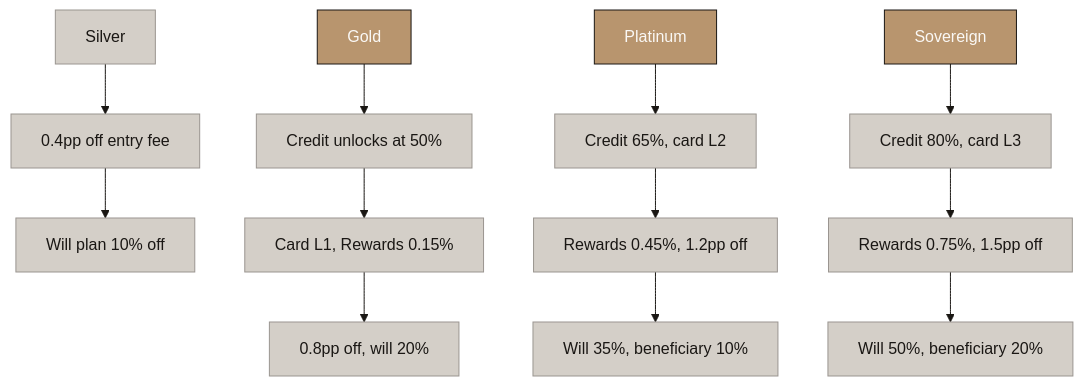
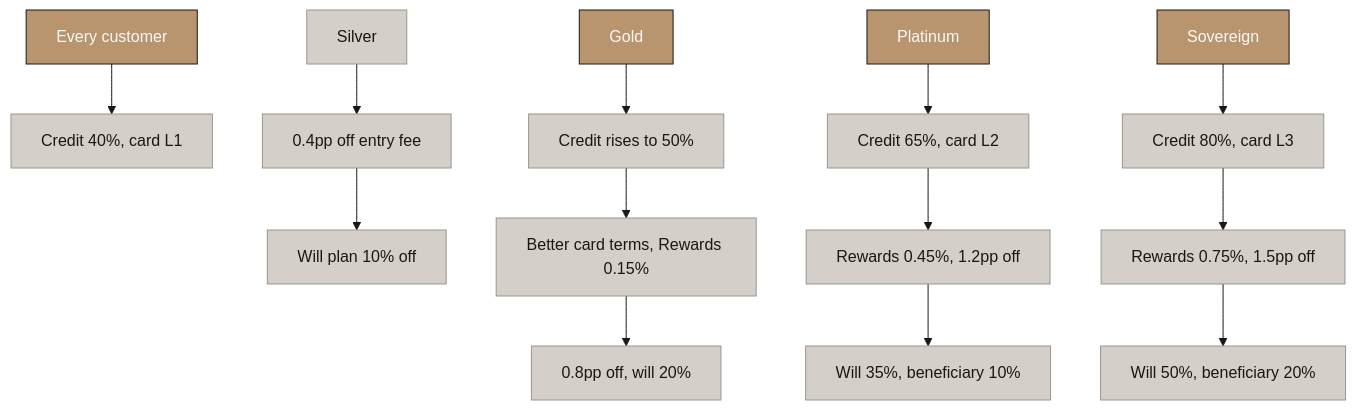
Before and after one commit to Abdsys/Aurumix: diagram 26 of 45 in deliverables/2-mechanism-design/final/Aurumix_Process_Maps.md, drawn with Mermaid. The commit also changed other lines of this file and 6 other files, not shown here.

First line of the commit message:
Review pass on the MD document, sections 2 to 14: plain language, new diagrams, card and credit open to all

````diff
--- a/deliverables/2-mechanism-design/final/Aurumix_Process_Maps.md
+++ b/deliverables/2-mechanism-design/final/Aurumix_Process_Maps.md
@@ -831,42 +854,45 @@
 ```mermaid
 %%{init: {'theme': 'base', 'themeVariables': {
     'primaryColor': '#B8956E',
     'primaryTextColor': '#1A1714',
     'primaryBorderColor': '#1A1714',
     'lineColor': '#1A1714',
     'secondaryColor': '#FAF8F5',
     'tertiaryColor': '#D4CFC8',
     'fontFamily': 'Libre Franklin, sans-serif',
     'edgeLabelBackground': '#D4CFC8',
     'clusterBkg': '#FAF8F5',
     'clusterBorder': '#B8956E'
 }}}%%
 graph TD
+    E["Every customer"] --> E1["Credit 40%, card L1"]
     A["Silver"] --> A1["0.4pp off entry fee"]
     A1 --> A2["Will plan 10% off"]
-    B["Gold"] --> B1["Credit unlocks at 50%"]
-    B1 --> B2["Card L1, Rewards 0.15%"]
+    B["Gold"] --> B1["Credit rises to 50%"]
+    B1 --> B2["Better card terms, Rewards 0.15%"]
     B2 --> B3["0.8pp off, will 20%"]
     C["Platinum"] --> C1["Credit 65%, card L2"]
     C1 --> C2["Rewards 0.45%, 1.2pp off"]
     C2 --> C3["Will 35%, beneficiary 10%"]
     D["Sovereign"] --> D1["Credit 80%, card L3"]
     D1 --> D2["Rewards 0.75%, 1.5pp off"]
     D2 --> D3["Will 50%, beneficiary 20%"]
 
+    style E fill:#B8956E,stroke:#1A1714,color:#FAF8F5
+    style E1 fill:#D4CFC8,stroke:#9A9590,color:#1A1714
     style A fill:#D4CFC8,stroke:#9A9590,color:#1A1714
     style B fill:#B8956E,stroke:#1A1714,color:#FAF8F5
     style C fill:#B8956E,stroke:#1A1714,color:#FAF8F5
     style D fill:#B8956E,stroke:#1A1714,color:#FAF8F5
     style A1 fill:#D4CFC8,stroke:#9A9590,color:#1A1714
     style A2 fill:#D4CFC8,stroke:#9A9590,color:#1A1714
     style B1 fill:#D4CFC8,stroke:#9A9590,color:#1A1714
     style B2 fill:#D4CFC8,stroke:#9A9590,color:#1A1714
     style B3 fill:#D4CFC8,stroke:#9A9590,color:#1A1714
     style C1 fill:#D4CFC8,stroke:#9A9590,color:#1A1714
     style C2 fill:#D4CFC8,stroke:#9A9590,color:#1A1714
     style C3 fill:#D4CFC8,stroke:#9A9590,color:#1A1714
     style D1 fill:#D4CFC8,stroke:#9A9590,color:#1A1714
     style D2 fill:#D4CFC8,stroke:#9A9590,color:#1A1714
     style D3 fill:#D4CFC8,stroke:#9A9590,color:#1A1714
 ```
````
